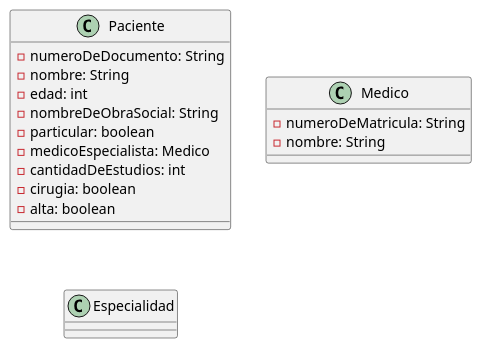
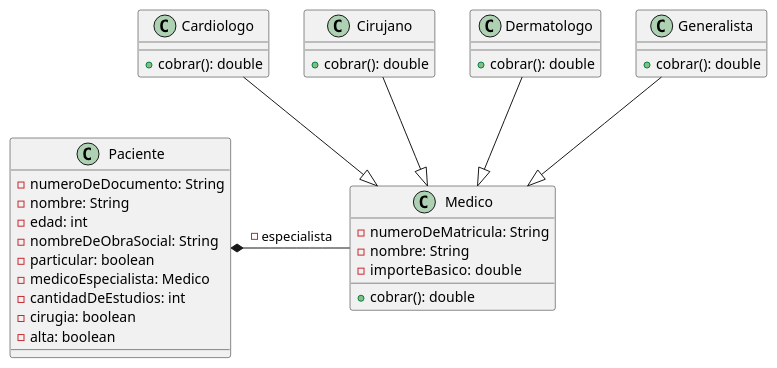
One commit to cartunduaga06/clase7y8 changed the diagram in src/clinic.puml. Above: the diagram before and after it, drawn with PlantUML.

Commit message:
actualizada

```diff
--- a/src/clinic.puml
+++ b/src/clinic.puml
@@ -1,25 +1,45 @@
 @startuml
 
 class Paciente {
 - numeroDeDocumento: String
 - nombre: String
 - edad: int
 - nombreDeObraSocial: String
 - particular: boolean
 - medicoEspecialista: Medico
 - cantidadDeEstudios: int
 - cirugia: boolean
 - alta: boolean
 }
 
 class Medico {
 - numeroDeMatricula: String
 - nombre: String
-
+- importeBasico:  double
++ cobrar(): double
 }
 
-class Especialidad {
+class Cardiologo {
 
++cobrar(): double
+}
+class Cirujano {
++cobrar(): double
 }
 
+class Dermatologo {
++cobrar(): double
+}
+class Generalista {
++cobrar(): double
+}
+
+
+Paciente *-right- Medico : -especialista
+Cardiologo  --|> Medico
+Cirujano  --|> Medico
+Dermatologo --|> Medico
+Generalista --|> Medico
+
+
 @enduml
```
